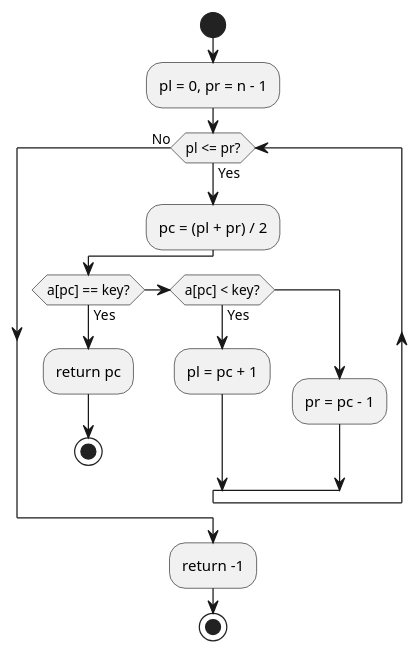
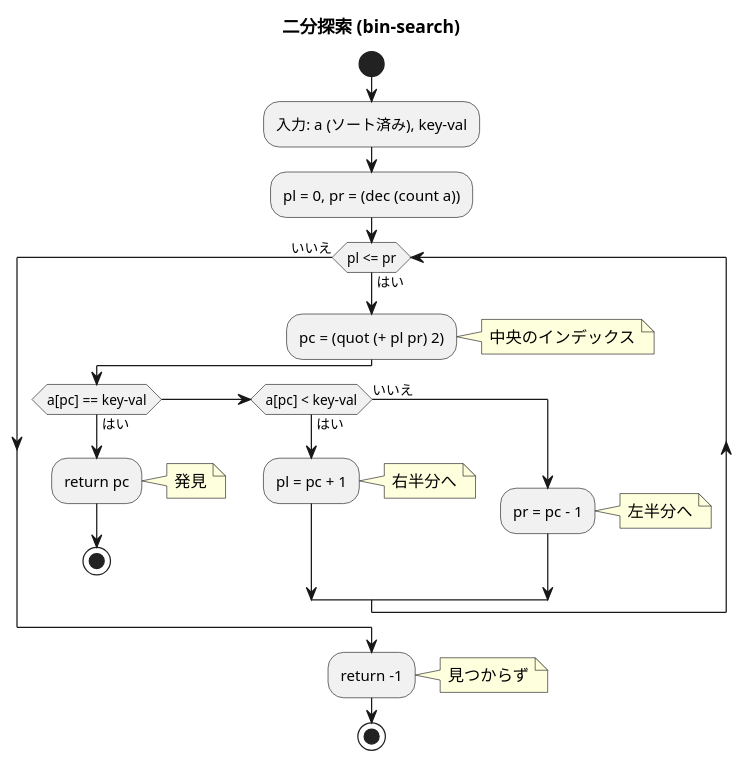
The third of 3 diagrams in docs/article/clojure/03-search-algorithms.md (k2works/getting-started-algorithm), drawn with PlantUML before and after one commit. The commit also changed other lines of this file, not shown here.

````diff
--- a/docs/article/clojure/03-search-algorithms.md
+++ b/docs/article/clojure/03-search-algorithms.md
@@ -112,19 +188,30 @@
 ```plantuml
 @startuml
+title 二分探索 (bin-search)
+
 start
-:pl = 0, pr = n - 1;
-while (pl <= pr?) is (Yes)
-  :pc = (pl + pr) / 2;
-  if (a[pc] == key?) then (Yes)
+:入力: a (ソート済み), key-val;
+:pl = 0, pr = (dec (count a));
+
+while (pl <= pr) is (はい)
+  :pc = (quot (+ pl pr) 2);
+  note right: 中央のインデックス
+
+  if (a[pc] == key-val) then (はい)
     :return pc;
+    note right: 発見
     stop
-  elseif (a[pc] < key?) then (Yes)
+  elseif (a[pc] < key-val) then (はい)
     :pl = pc + 1;
-  else
+    note right: 右半分へ
+  else (いいえ)
     :pr = pc - 1;
+    note right: 左半分へ
   endif
-endwhile (No)
+endwhile (いいえ)
+
 :return -1;
+note right: 見つからず
 stop
 @enduml
 ```
````
